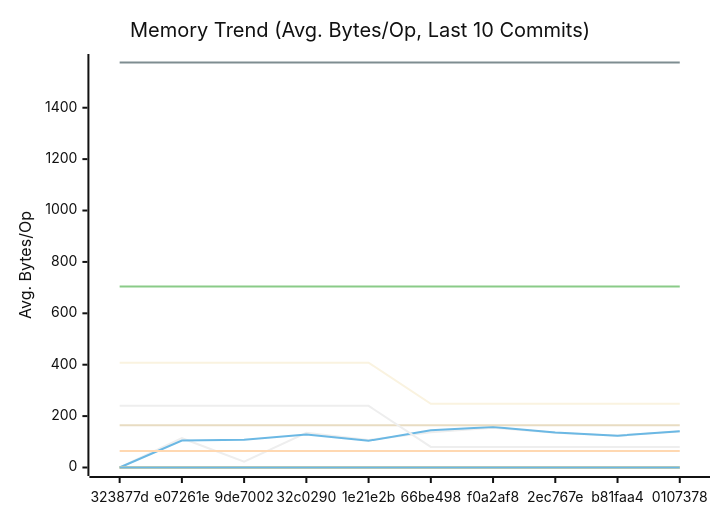
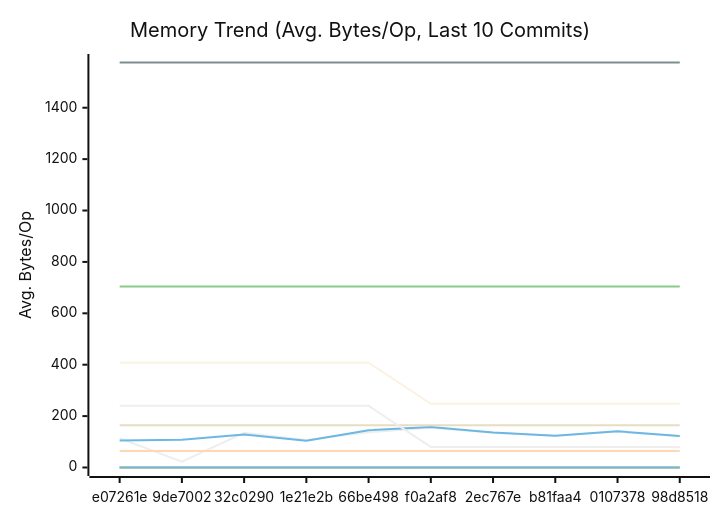
The second of 3 diagrams in docs/PERFORMANCE.md (alsotoes/momo), drawn with Mermaid (neutral theme) before and after one commit. The commit also changed other lines of this file and 2 other files, not shown here.

````diff
--- a/docs/PERFORMANCE.md
+++ b/docs/PERFORMANCE.md
@@ -171,20 +171,20 @@
 ```mermaid
 xychart-beta
     title "Memory Trend (Avg. Bytes/Op, Last 10 Commits)"
     x-axis "Commit"
     y-axis "Avg. Bytes/Op"
-    x-axis [323877d,e07261e,9de7002,32c0290,1e21e2b,66be498,f0a2af8,2ec767e,b81faa4,0107378]
-    line "AWSChunkedReaderSigned" [0,114,23,135,107,137,155,135,124,140]
-    line "AWSChunkedReaderUnsigned" [0,105,108,128,104,145,158,136,124,141]
+    x-axis [e07261e,9de7002,32c0290,1e21e2b,66be498,f0a2af8,2ec767e,b81faa4,0107378,98d8518]
+    line "AWSChunkedReaderSigned" [114,23,135,107,137,155,135,124,140,122]
+    line "AWSChunkedReaderUnsigned" [105,108,128,104,145,158,136,124,141,123]
     line "CheckMetricsAndSwap" [0,0,0,0,0,0,0,0,0,0]
     line "CrushOptimized" [0,0,0,0,0,0,0,0,0,0]
     line "CrushOriginal" [164,164,164,164,164,164,164,164,164,164]
     line "IndexDirectTracking" [0,0,0,0,0,0,0,0,0,0]
     line "IndexSearch" [0,0,0,0,0,0,0,0,0,0]
     line "LoadGlobalConfig" [1576,1576,1576,1576,1576,1576,1576,1576,1576,1576]
     line "PadString" [64,64,64,64,64,64,64,64,64,64]
     line "ParseReplicationOrder_NoPrealloc" [408,408,408,408,408,248,248,248,248,248]
     line "ParseReplicationOrder_Prealloc" [240,240,240,240,240,80,80,80,80,80]
     line "SanitizeLog/Safe" [0,0,0,0,0,0,0,0,0,0]
     line "SanitizeLog/Unsafe" [704,704,704,704,704,704,704,704,704,704]
 ```
````
